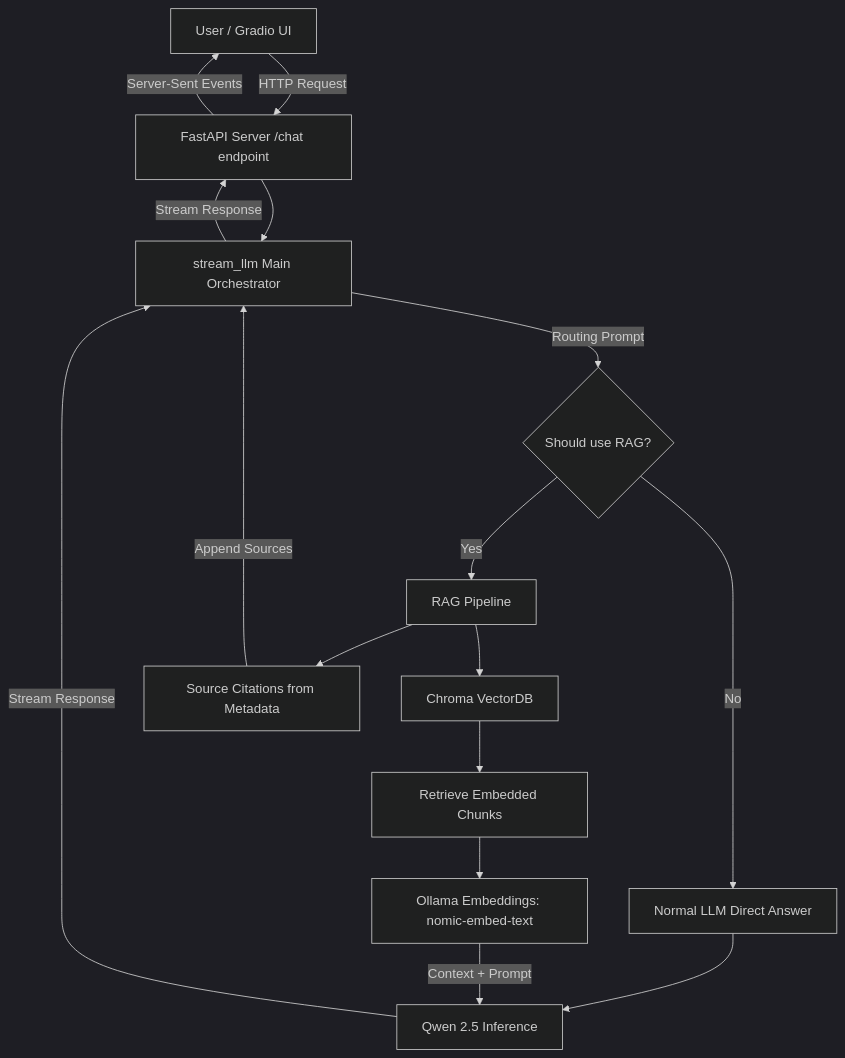
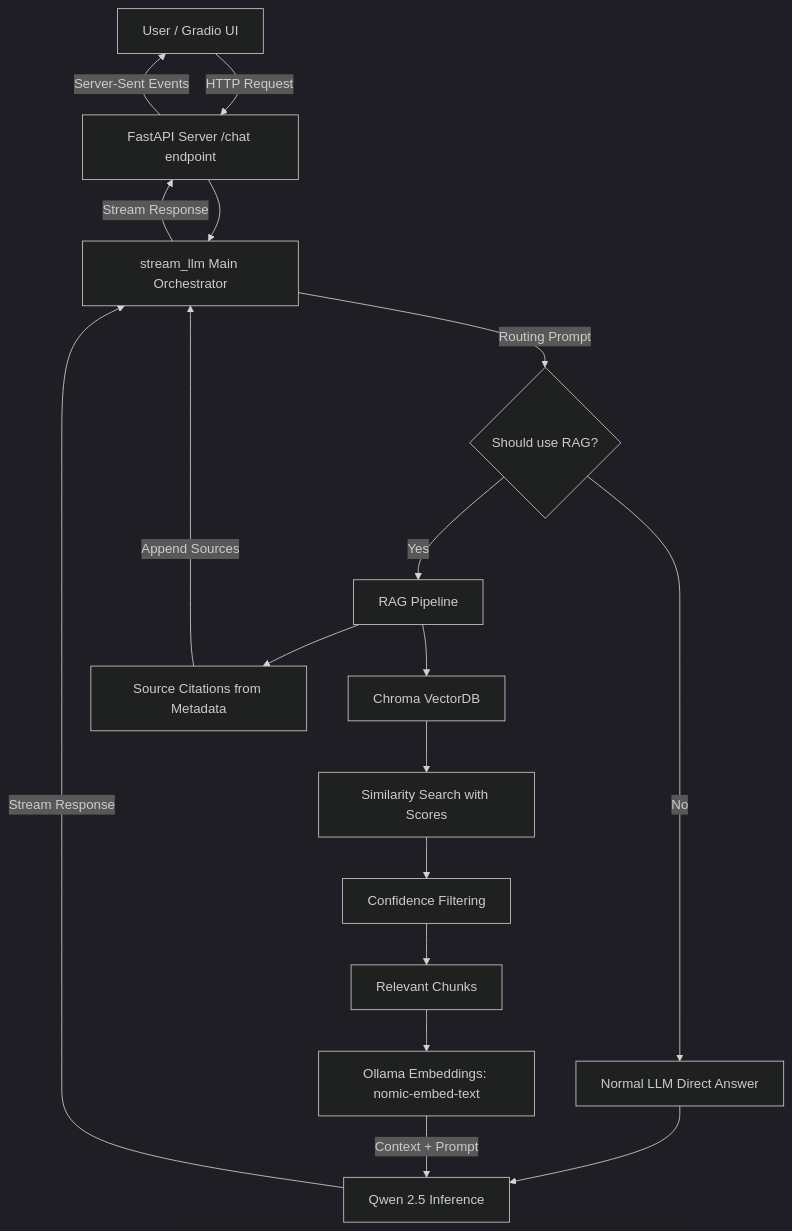
One commit to skdotv/mini-qwen-chat changed the first of 3 diagrams in README.md. Above: the diagram before and after it, drawn with Mermaid (dark theme). The commit also changed other lines of this file and 1 other file, not shown here.

Commit message:
feat: add retrieval scoring and confidence filtering

````diff
--- a/README.md
+++ b/README.md
@@ -28,23 +30,25 @@
 ```mermaid
 graph TD
     User[User / Gradio UI] -->|HTTP Request| FastAPI[FastAPI Server /chat endpoint]
     FastAPI --> Orchestrator[stream_llm Main Orchestrator]
     
     Orchestrator -->|Routing Prompt| Router{Should use RAG?}
     
     Router -->|No| NormalLLM[Normal LLM Direct Answer]
     Router -->|Yes| RAG[RAG Pipeline]
     
     RAG --> Chroma[Chroma VectorDB]
-    Chroma --> Chunks[Retrieve Embedded Chunks]
+    Chroma --> Scoring[Similarity Search with Scores]
+    Scoring --> Filtering[Confidence Filtering]
+    Filtering --> Chunks[Relevant Chunks]
     Chunks --> Embeddings[Ollama Embeddings: nomic-embed-text]
     RAG --> Citations[Source Citations from Metadata]
     
     NormalLLM --> Qwen[Qwen 2.5 Inference]
     Embeddings -->|Context + Prompt| Qwen
     Citations -->|Append Sources| Orchestrator
     
     Qwen -->|Stream Response| Orchestrator
     Orchestrator -->|Stream Response| FastAPI
     FastAPI -->|Server-Sent Events| User
 ```
````
